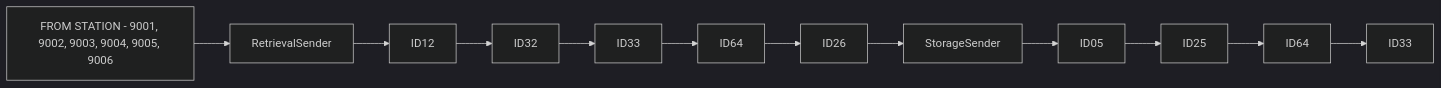
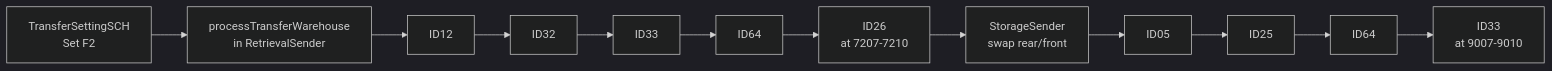
Before and after one commit to luthfiadityaa/SimeDarby-Wiki: the first of 3 diagrams in Basic-Design/DFD-WMS/Retrieval/Transfer-Setting/Tempering-to-Ambient.md, drawn with Mermaid (dark theme). The commit also changed other lines of this file and 2 other files, not shown here.

```diff
--- a/Basic-Design/DFD-WMS/Retrieval/Transfer-Setting/Tempering-to-Ambient.md
+++ b/Basic-Design/DFD-WMS/Retrieval/Transfer-Setting/Tempering-to-Ambient.md
@@ -8,5 +8,5 @@
 ::: mermaid
 flowchart LR
-  
-P1[FROM STATION - 9001, 9002, 9003, 9004, 9005, 9006]-->P2[RetrievalSender]-->P3[ID12]-->P4[ID32]-->P5[ID33]-->P6[ID64]-->P7[ID26]-->P8[StorageSender]-->P9[ID05]-->P10[ID25]-->P11[ID64]-->P12[ID33]
+
+P1[TransferSettingSCH<br/>Set F2]-->P2[processTransferWarehouse<br/>in RetrievalSender]-->P3[ID12]-->P4[ID32]-->P5[ID33]-->P6[ID64]-->P7[ID26<br/>at 7207-7210]-->P8[StorageSender<br/>swap rear/front]-->P9[ID05]-->P10[ID25]-->P11[ID64]-->P12[ID33<br/>at 9007-9010]
 :::
```
